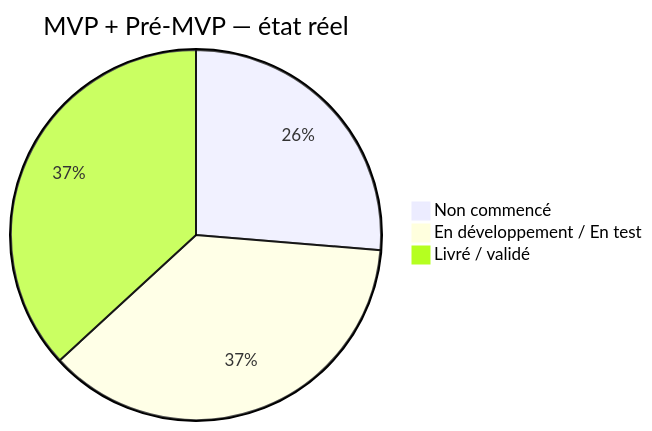
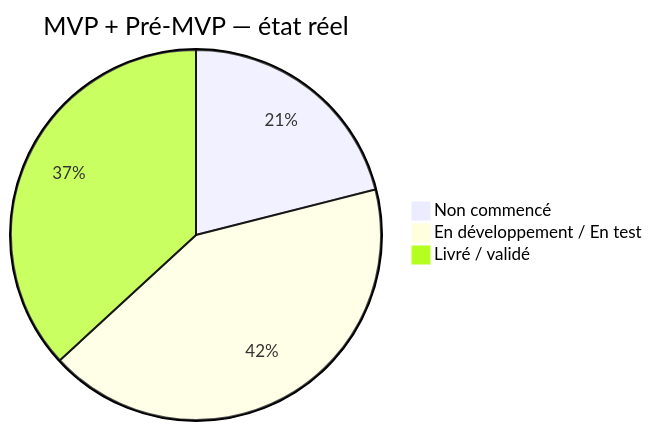
The first of 5 diagrams in docs/runtime/02_FEATURE_STATUS.md (JavaChrist/Tai-Chi-AI-Coach), drawn with Mermaid before and after one commit. The commit also changed other lines of this file and 25 other files, not shown here.

````diff
--- a/docs/runtime/02_FEATURE_STATUS.md
+++ b/docs/runtime/02_FEATURE_STATUS.md
@@ -130,6 +132,6 @@
 ```mermaid
 pie title MVP + Pré-MVP — état réel
-  "Non commencé" : 5
-  "En développement / En test" : 7
+  "Non commencé" : 4
+  "En développement / En test" : 8
   "Livré / validé" : 7
 ```
````
